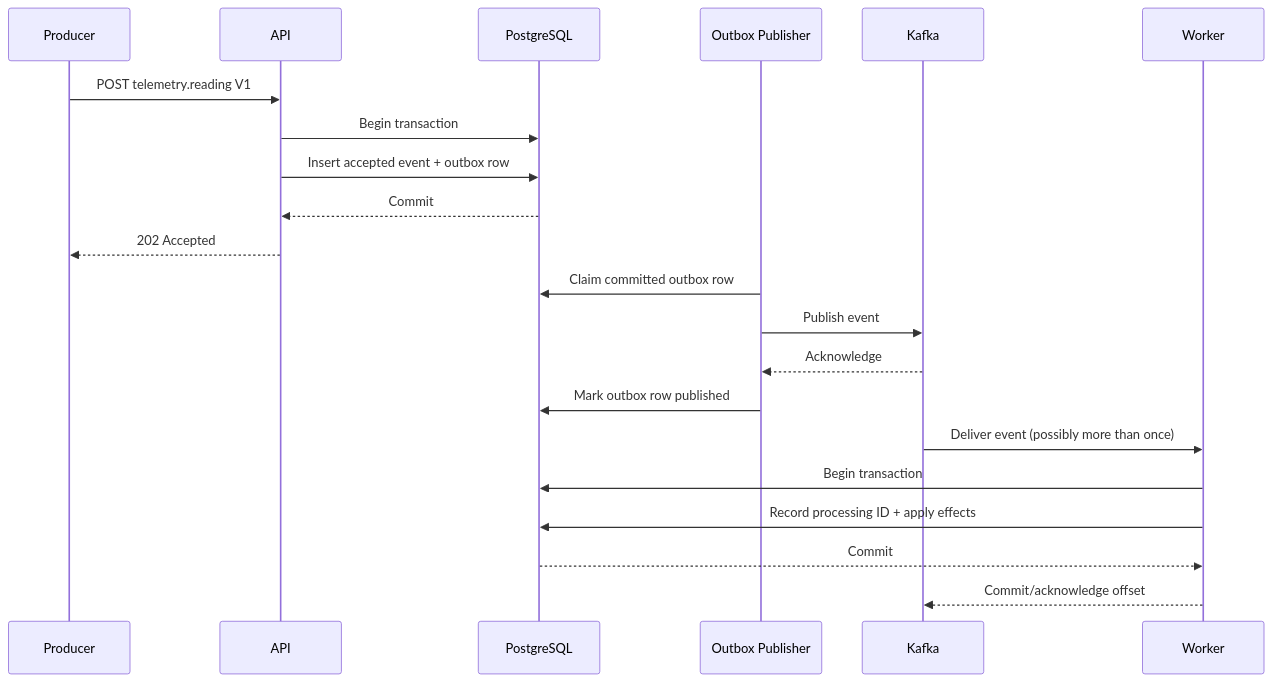
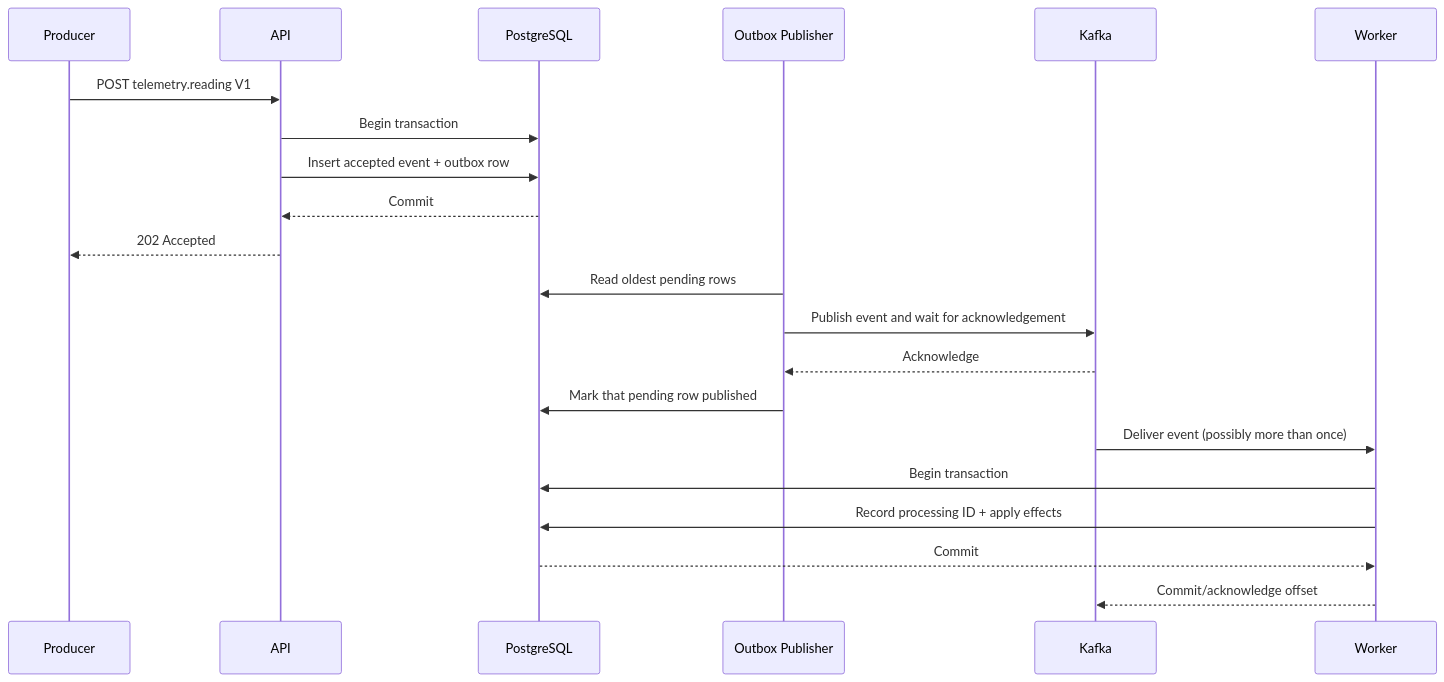
One commit to simonwen7/StreamForge changed the second of 2 diagrams in docs/architecture.md. Above: the diagram before and after it, drawn with Mermaid. The commit also changed other lines of this file and 44 other files, not shown here.

````diff
--- a/docs/architecture.md
+++ b/docs/architecture.md
@@ -58,24 +58,24 @@
 ```mermaid
 sequenceDiagram
     participant P as Producer
     participant A as API
     participant D as PostgreSQL
     participant O as Outbox Publisher
     participant K as Kafka
     participant W as Worker
 
     P->>A: POST telemetry.reading V1
     A->>D: Begin transaction
     A->>D: Insert accepted event + outbox row
     D-->>A: Commit
     A-->>P: 202 Accepted
-    O->>D: Claim committed outbox row
-    O->>K: Publish event
+    O->>D: Read oldest pending rows
+    O->>K: Publish event and wait for acknowledgement
     K-->>O: Acknowledge
-    O->>D: Mark outbox row published
+    O->>D: Mark that pending row published
     K->>W: Deliver event (possibly more than once)
     W->>D: Begin transaction
     W->>D: Record processing ID + apply effects
     D-->>W: Commit
     W-->>K: Commit/acknowledge offset
 ```
````
